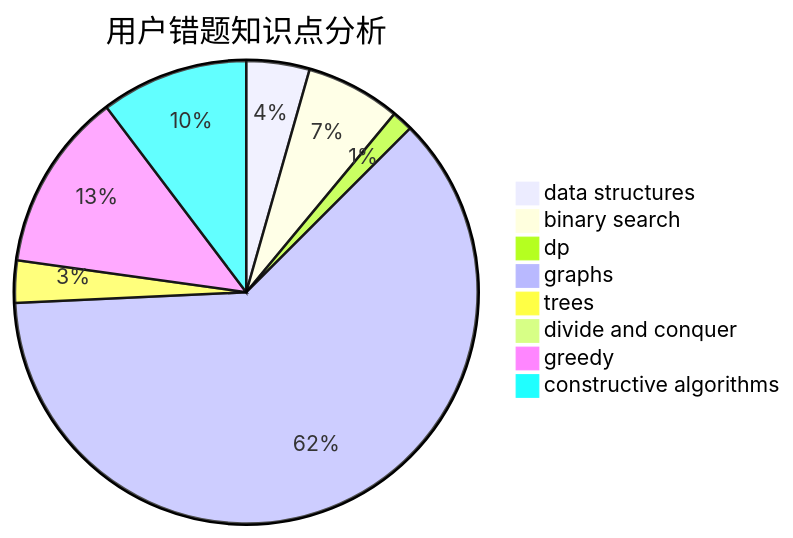
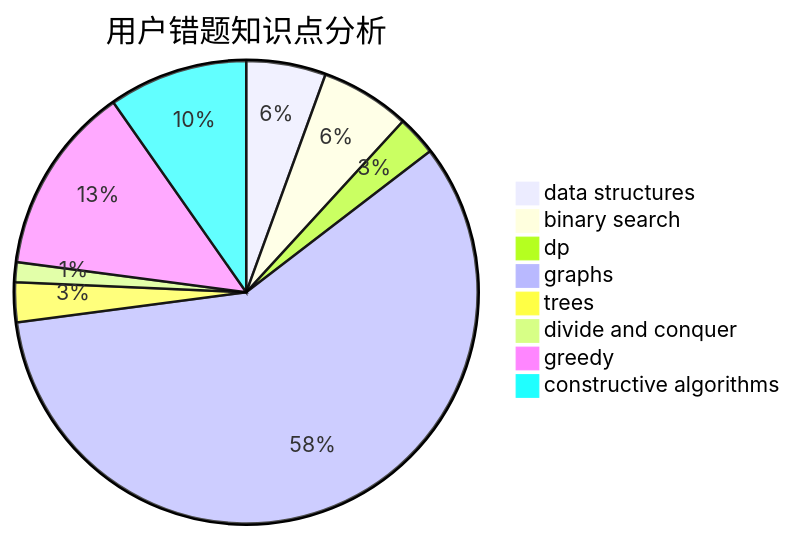
Before and after one commit to sherpahu/cfrs.github.io: the third of 3 diagrams in docs/user/u2315.md, drawn with Mermaid. The commit also changed other lines of this file and 2770 other files, not shown here.

````diff
--- a/docs/user/u2315.md
+++ b/docs/user/u2315.md
@@ -36,11 +36,11 @@
 ```mermaid
 pie title 用户错题知识点分析
-    "data structures" :  6
+    "data structures" :  8
     "binary search" :  9
-    "dp" :  2
+    "dp" :  4
     "graphs" :  84
     "trees" :  4
-    "divide and conquer" :  0
-    "greedy" :  17
+    "divide and conquer" :  2
+    "greedy" :  19
     "constructive algorithms" :  14
 ```
````
